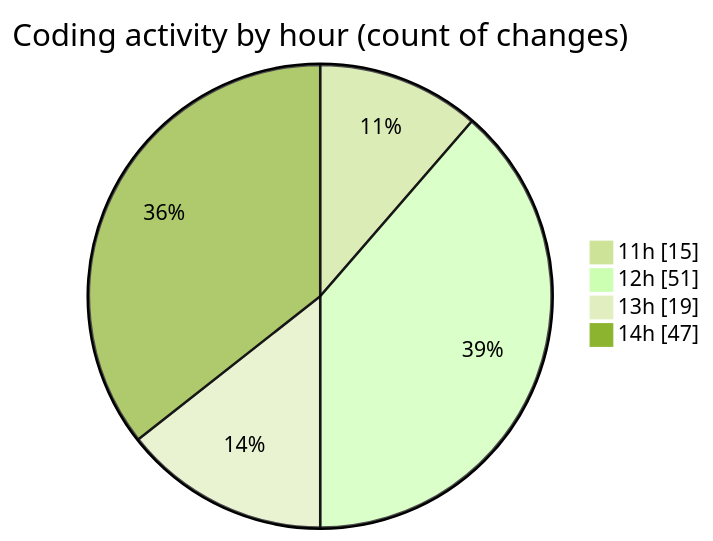
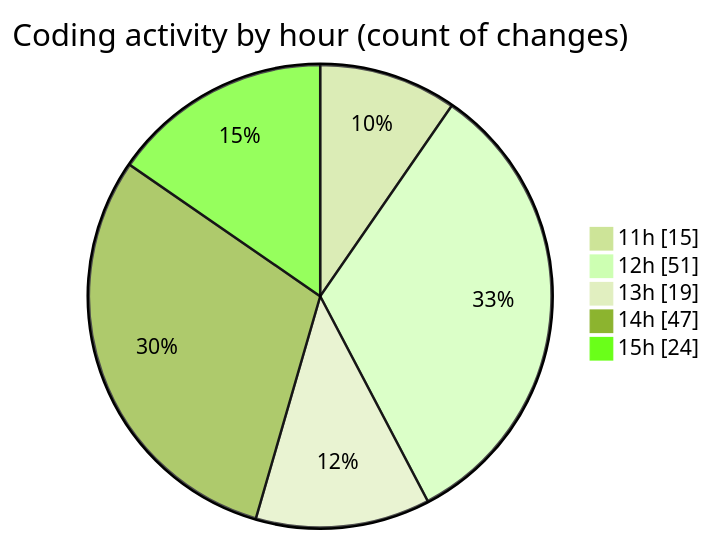
One commit to nxtqubesakshisongat/code-tracking changed the second of 2 diagrams in 2025-04-15/nxtqube_webapp/README.md. Above: the diagram before and after it, drawn with Mermaid (forest theme). The commit also changed other lines of this file and 1 other file, not shown here.

````diff
--- a/2025-04-15/nxtqube_webapp/README.md
+++ b/2025-04-15/nxtqube_webapp/README.md
@@ -37,8 +38,9 @@
 ```mermaid
 pie showData
 title Coding activity by hour (count of changes)
 "11h" : 15
 "12h" : 51
 "13h" : 19
 "14h" : 47
+"15h" : 24
 ```
````
